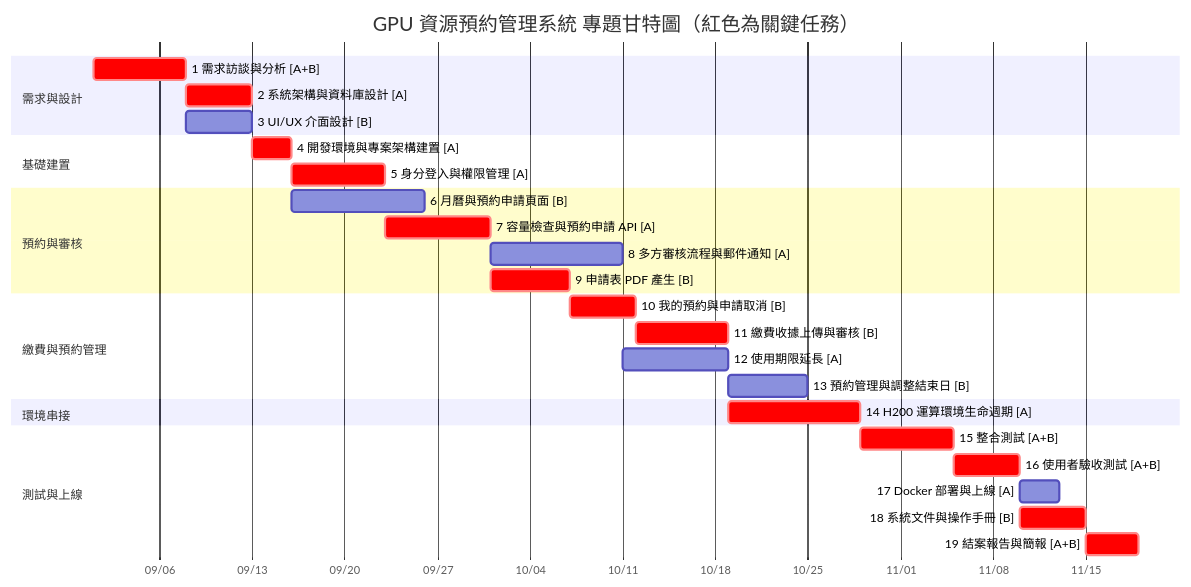
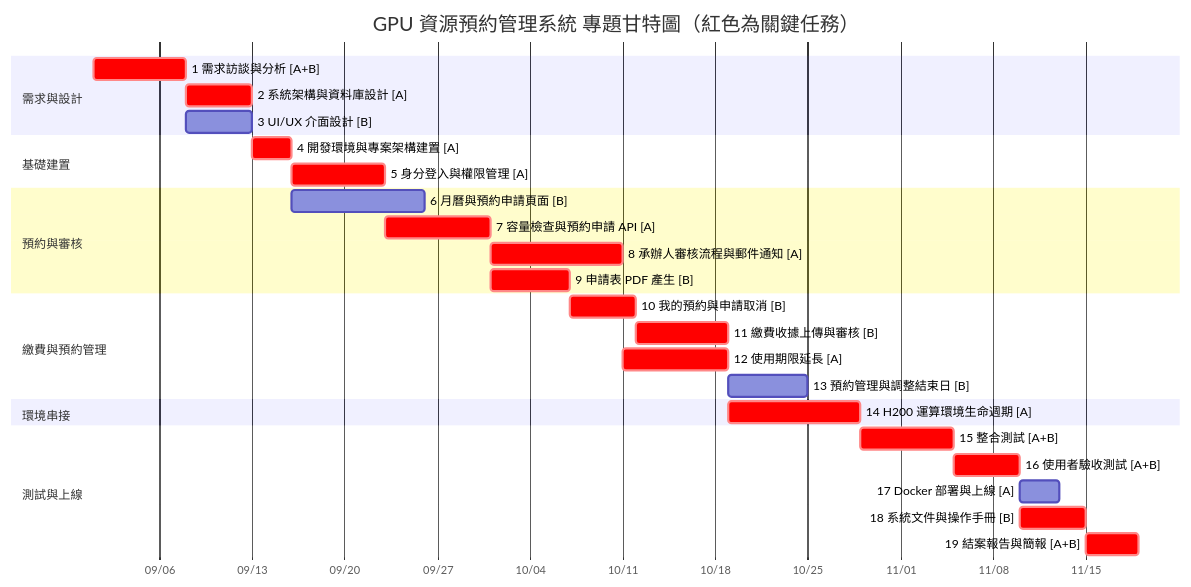
One commit to whenwewerekids/115-b-system-team changed the second of 2 diagrams in 小組作業2.md. Above: the diagram before and after it, drawn with Mermaid. The commit also changed other lines of this file, not shown here.

````diff
--- a/小組作業2.md
+++ b/小組作業2.md
@@ -179,37 +194,37 @@
 ```mermaid
 gantt
     title GPU 資源預約管理系統 專題甘特圖（紅色為關鍵任務）
     dateFormat YYYY-MM-DD
     axisFormat %m/%d
 
     section 需求與設計
     1 需求訪談與分析 [A+B]          :crit, t1, 2026-09-01, 7d
     2 系統架構與資料庫設計 [A]      :crit, t2, after t1, 5d
     3 UI/UX 介面設計 [B]            :t3, after t1, 5d
 
     section 基礎建置
     4 開發環境與專案架構建置 [A]    :crit, t4, after t2, 3d
     5 身分登入與權限管理 [A]        :crit, t5, after t4, 7d
 
     section 預約與審核
     6 月曆與預約申請頁面 [B]        :t6, after t3 t4, 10d
     7 容量檢查與預約申請 API [A]    :crit, t7, after t5, 8d
-    8 多方審核流程與郵件通知 [A]    :t8, after t7, 10d
+    8 承辦人審核流程與郵件通知 [A]  :crit, t8, after t7, 10d
     9 申請表 PDF 產生 [B]           :crit, t9, after t6 t7, 6d
 
     section 繳費與預約管理
     10 我的預約與申請取消 [B]       :crit, t10, after t9, 5d
     11 繳費收據上傳與審核 [B]       :crit, t11, after t8 t10, 7d
-    12 使用期限延長 [A]             :t12, after t8 t9, 8d
+    12 使用期限延長 [A]             :crit, t12, after t8 t9, 8d
     13 預約管理與調整結束日 [B]     :t13, after t11, 6d
 
     section 環境串接
-    14 H200 運算環境生命週期 [A]    :crit, t14, after t11, 10d
+    14 H200 運算環境生命週期 [A]    :crit, t14, after t11 t12, 10d
 
     section 測試與上線
     15 整合測試 [A+B]               :crit, t15, after t12 t13 t14, 7d
     16 使用者驗收測試 [A+B]         :crit, t16, after t15, 5d
     17 Docker 部署與上線 [A]        :t17, after t16, 3d
     18 系統文件與操作手冊 [B]       :crit, t18, after t16, 5d
     19 結案報告與簡報 [A+B]         :crit, t19, after t17 t18, 4d
 ```
````
